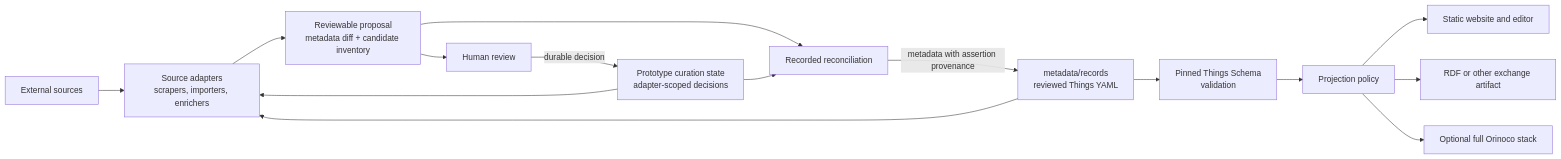
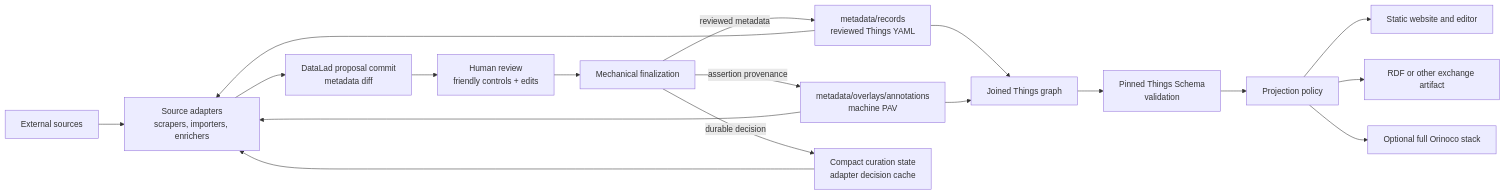
Before and after one commit to ORINOCO-Lite/orinoco-lite-dev: the diagram in docs/lightweight-architecture-roadmap.md, drawn with Mermaid. The commit also changed other lines of this file and 6 other files, not shown here.

````diff
--- a/docs/lightweight-architecture-roadmap.md
+++ b/docs/lightweight-architecture-roadmap.md
@@ -11,17 +11,20 @@
 ```mermaid
 flowchart LR
     sources["External sources"] --> adapters["Source adapters\nscrapers, importers, enrichers"]
     records["metadata/records\nreviewed Things YAML"] --> adapters
-    decisions["Prototype curation state\nadapter-scoped decisions"] --> adapters
-    adapters --> proposals["Reviewable proposal\nmetadata diff + candidate inventory"]
-    proposals --> review["Human review"]
-    review -->|"durable decision"| decisions
-    proposals --> reconcile["Recorded reconciliation"]
-    decisions --> reconcile
-    reconcile -->|"metadata with assertion provenance"| records
-    records --> validate["Pinned Things Schema\nvalidation"]
+    annotations["metadata/overlays/annotations\nmachine PAV"] --> adapters
+    decisions["Compact curation state\nadapter decision cache"] --> adapters
+    adapters --> proposal["DataLad proposal commit\nmetadata diff"]
+    proposal --> review["Human review\nfriendly controls + edits"]
+    review --> finalize["Mechanical finalization"]
+    finalize -->|"reviewed metadata"| records
+    finalize -->|"assertion provenance"| annotations
+    finalize -->|"durable decision"| decisions
+    records --> join["Joined Things graph"]
+    annotations --> join
+    join --> validate["Pinned Things Schema\nvalidation"]
     validate --> policy["Projection policy"]
     policy --> site["Static website and editor"]
     policy --> exchange["RDF or other exchange artifact"]
     policy --> service["Optional full Orinoco stack"]
 ```
````
